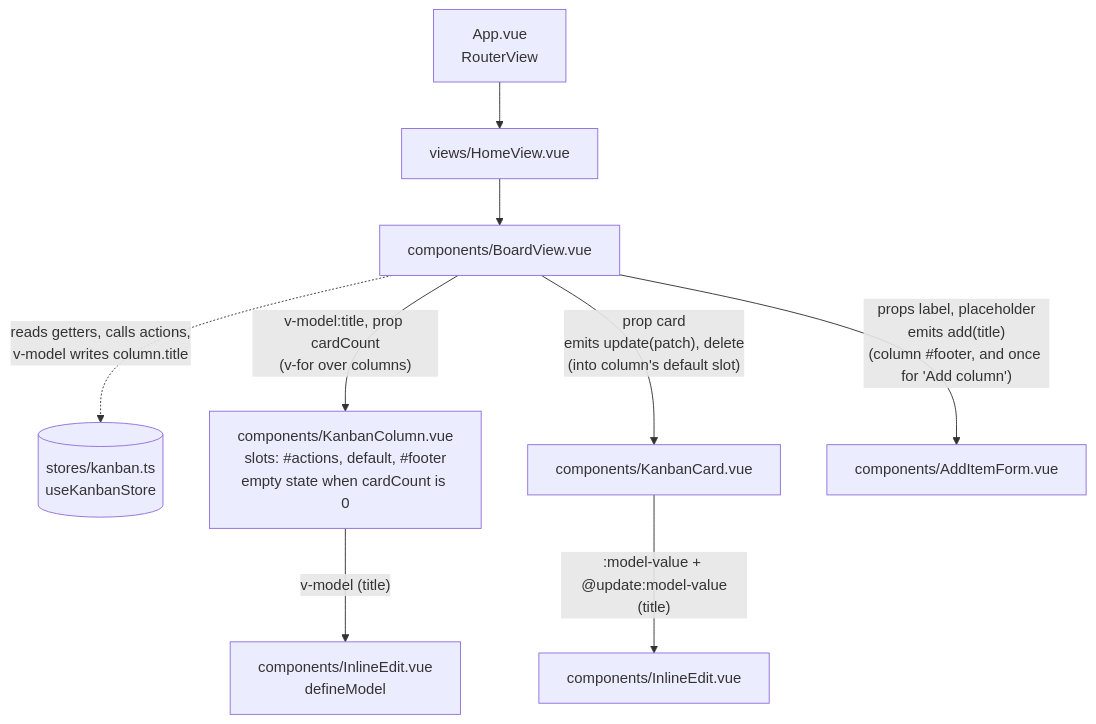
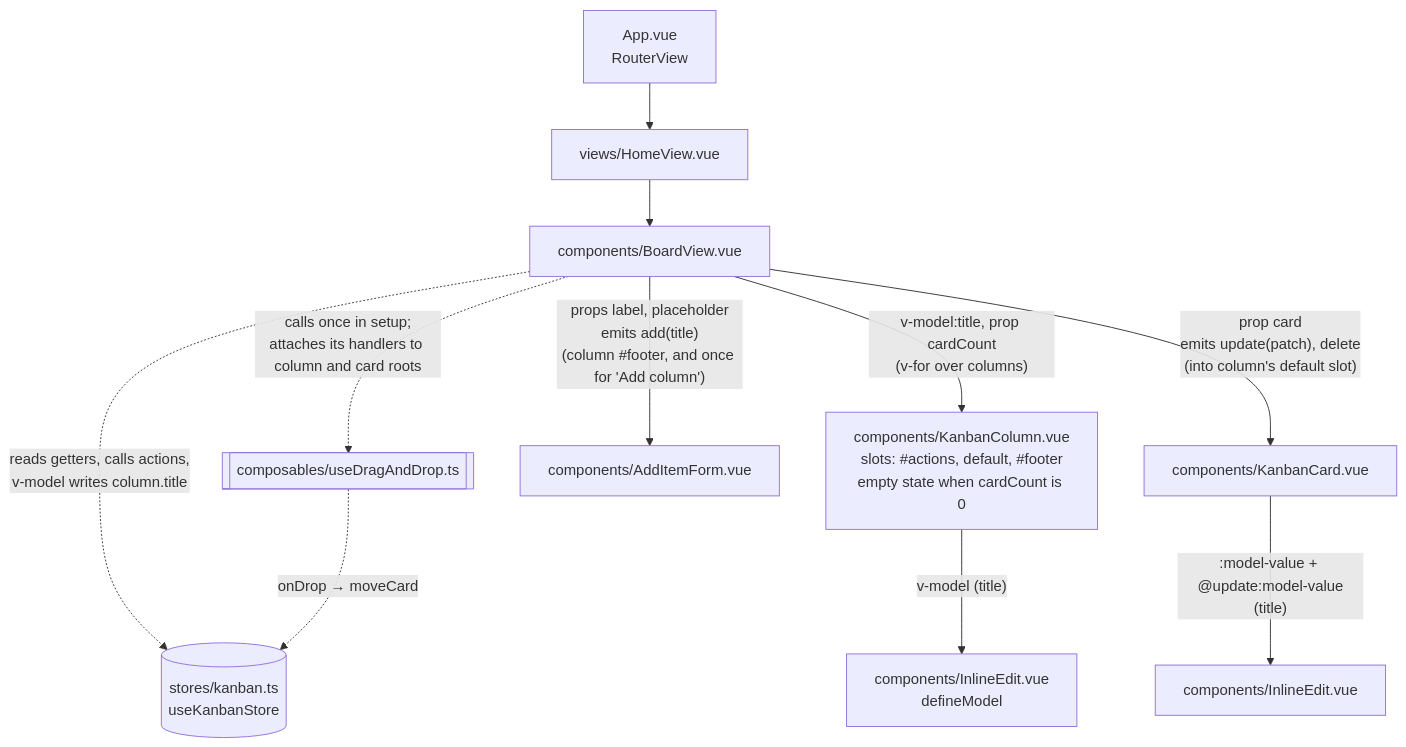
The second of 6 diagrams in docs/architecture.md (0quasarquantum0/Kanban_Vue), drawn with Mermaid before and after one commit. The commit also changed other lines of this file and 5 other files, not shown here.

Commit message:
phase 3: drag and drop between columns

````diff
--- a/docs/architecture.md
+++ b/docs/architecture.md
@@ -22,14 +22,18 @@
 ```mermaid
 flowchart TD
   app["App.vue<br/>RouterView"] --> home["views/HomeView.vue"]
   home --> board["components/BoardView.vue"]
   store[("stores/kanban.ts<br/>useKanbanStore")]
   board -. "reads getters, calls actions,<br/>v-model writes column.title" .-> store
 
   board -- "v-model:title, prop cardCount<br/>(v-for over columns)" --> column["components/KanbanColumn.vue<br/>slots: #actions, default, #footer<br/>empty state when cardCount is 0"]
   board -- "prop card<br/>emits update(patch), delete<br/>(into column's default slot)" --> card["components/KanbanCard.vue"]
   board -- "props label, placeholder<br/>emits add(title)<br/>(column #footer, and once for 'Add column')" --> add["components/AddItemForm.vue"]
 
+  dnd[["composables/useDragAndDrop.ts"]]
+  board -. "calls once in setup;<br/>attaches its handlers to column and card roots" .-> dnd
+  dnd -. "onDrop → moveCard" .-> store
+
   column -- "v-model (title)" --> inlineCol["components/InlineEdit.vue<br/>defineModel"]
   card -- ":model-value + @update:model-value<br/>(title)" --> inlineCard["components/InlineEdit.vue"]
 ```
````
